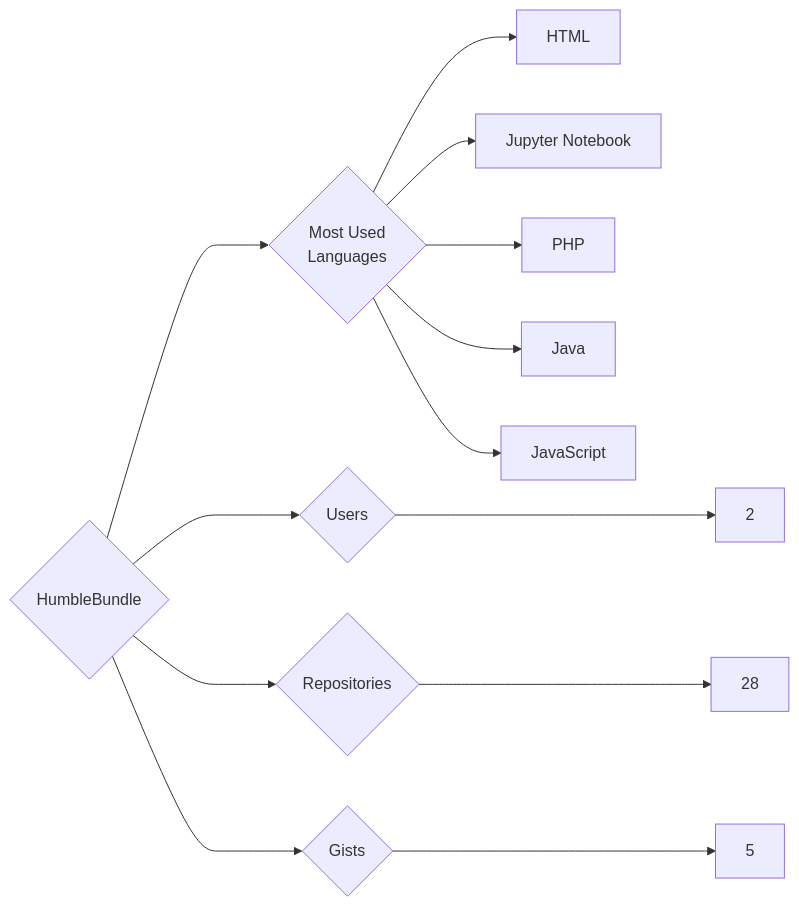
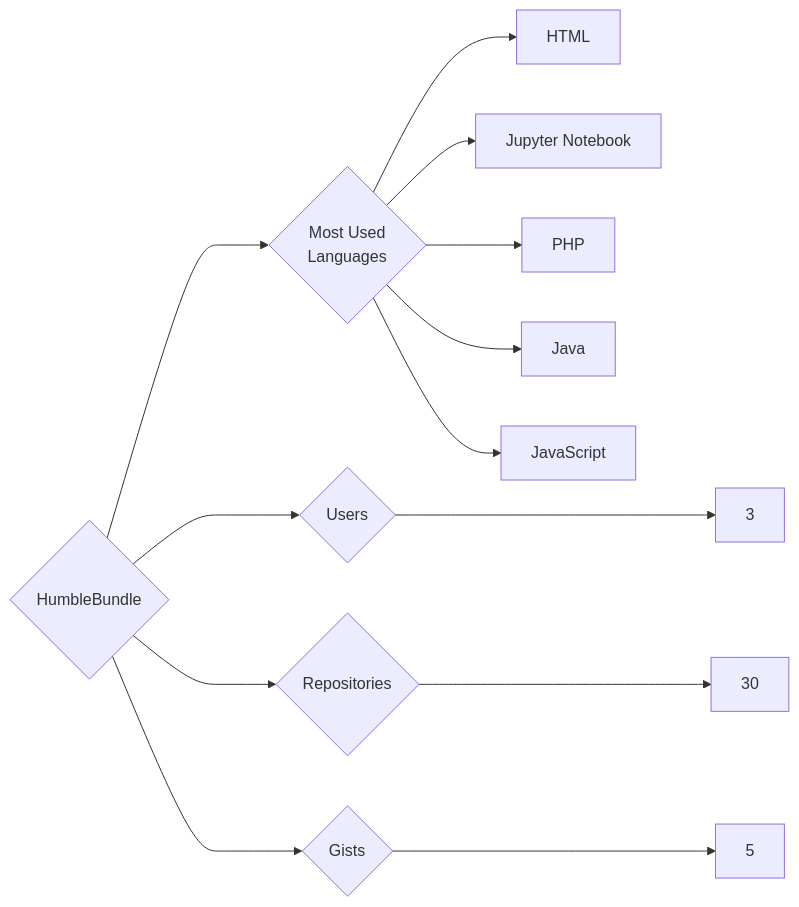
One commit to trickest/insiders changed the diagram in targets/HumbleBundle/README.md. Above: the diagram before and after it, drawn with Mermaid. The commit also changed 1089 other files, not shown here.

````diff
--- a/targets/HumbleBundle/README.md
+++ b/targets/HumbleBundle/README.md
@@ -3,13 +3,13 @@
 ```mermaid
 graph LR
 COMPANY_NAME{HumbleBundle}
-COMPANY_NAME ---> U{Users} ---> UN[2]
-COMPANY_NAME ---> R{Repositories} ---> RN[28]
+COMPANY_NAME ---> U{Users} ---> UN[3]
+COMPANY_NAME ---> R{Repositories} ---> RN[30]
 COMPANY_NAME ---> G{Gists} ---> GN[5]
 COMPANY_NAME ---> ML{Most Used<br>Languages}
 ML --> HTML[HTML]
 ML --> Jupyter_Notebook[Jupyter Notebook]
 ML --> PHP[PHP]
 ML --> Java[Java]
 ML --> JavaScript[JavaScript]
 ```
````
